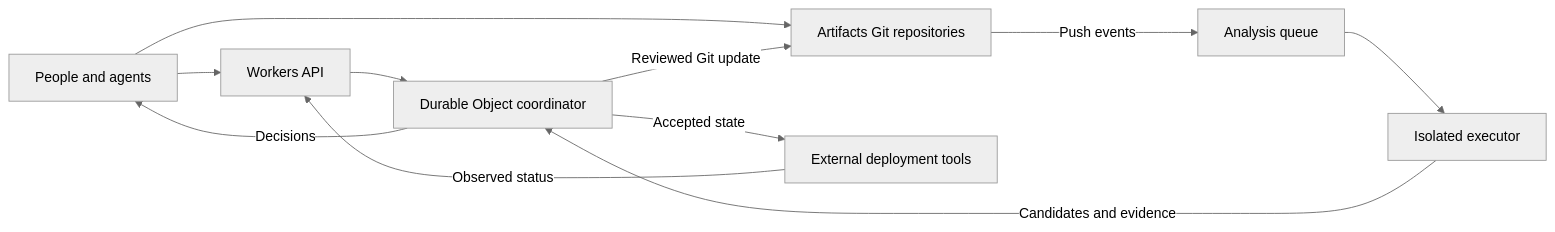
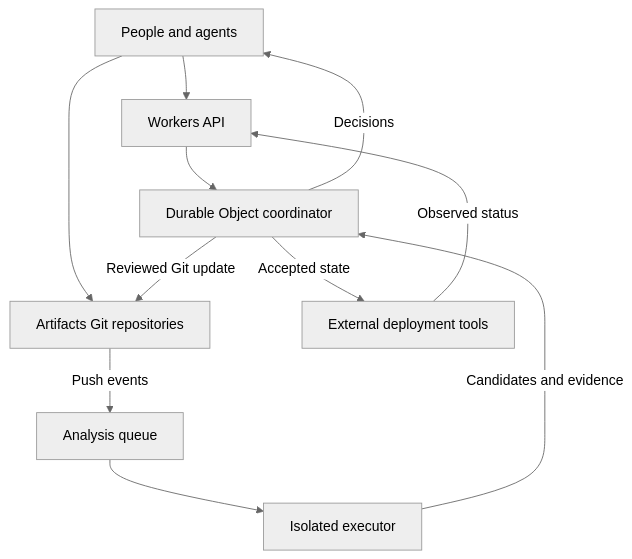
The first of 2 diagrams in README.md (vik418/KLoCGit), drawn with Mermaid (neutral theme) before and after one commit. The commit also changed other lines of this file and 2 other files, not shown here.

Commit message:
Display rendered architecture diagrams in README

````diff
--- a/README.md
+++ b/README.md
@@ -9,13 +14,13 @@
 ```mermaid
-flowchart LR
+flowchart TD
     Users[People and agents] --> API[Workers API]
     Users --> Git[Artifacts Git repositories]
     Git -->|Push events| Queue[Analysis queue]
     Queue --> Executor[Isolated executor]
     API --> Coordinator[Durable Object coordinator]
     Executor -->|Candidates and evidence| Coordinator
     Coordinator -->|Decisions| Users
     Coordinator -->|Reviewed Git update| Git
     Coordinator -->|Accepted state| CD[External deployment tools]
     CD -->|Observed status| API
 ```
````
